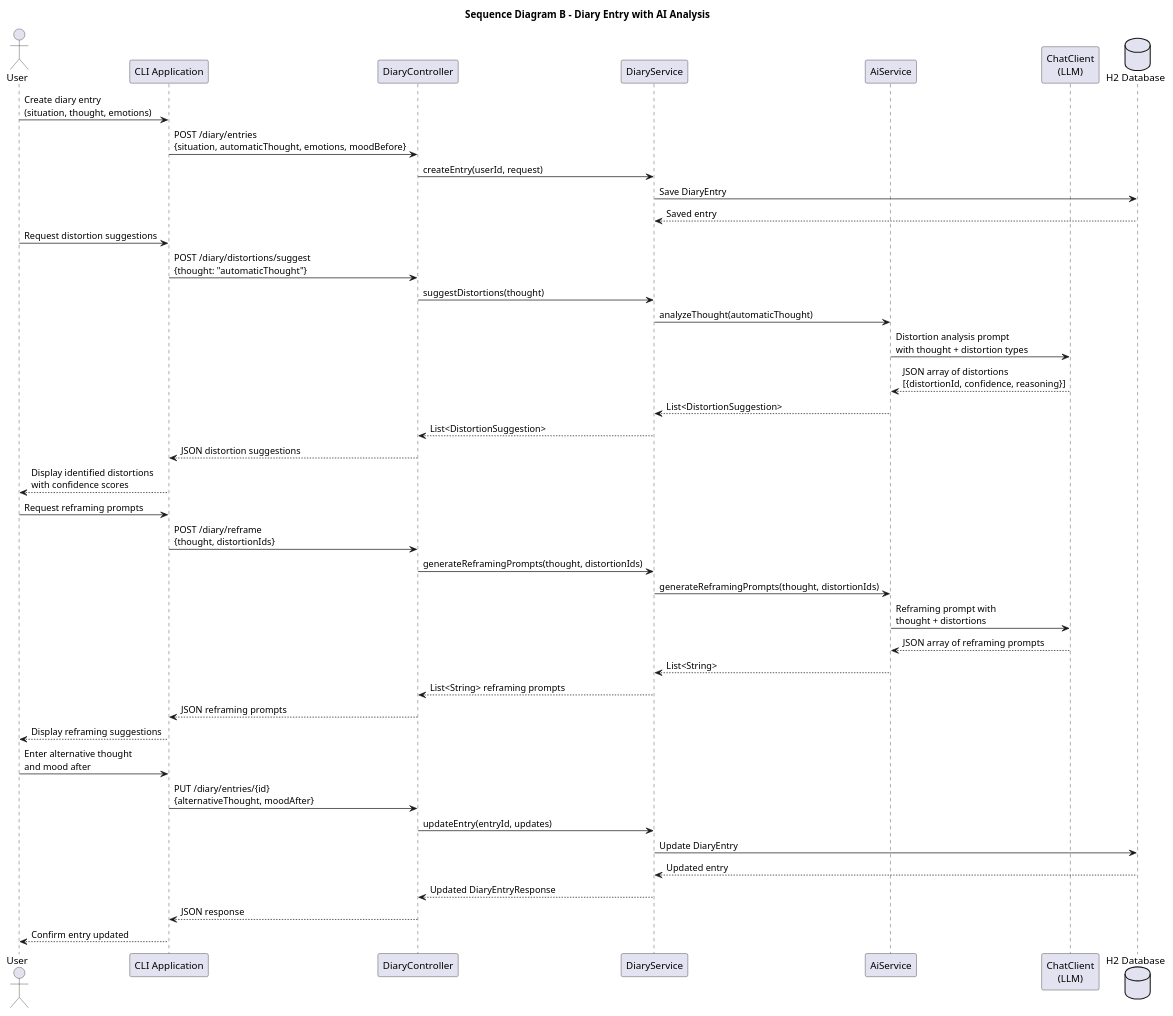
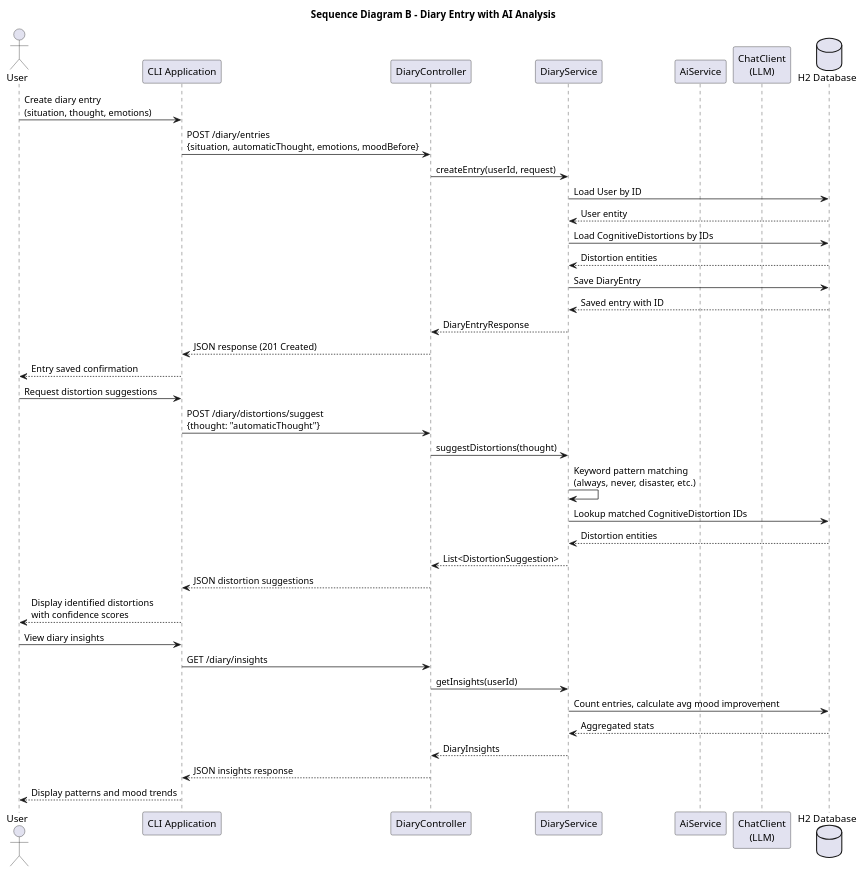
The third of 3 diagrams in docs/architecture/c4-code.puml (jf700/SE320_Project), drawn with PlantUML before and after one commit. The commit also changed other lines of this file and 29 other files, not shown here.

```diff
--- a/docs/architecture/c4-code.puml
+++ b/docs/architecture/c4-code.puml
@@ -198,61 +200,53 @@
 @startuml c4-code-sequence-diary
 
 ' ============================================================
 ' PART C: Sequence Diagram - Diary Entry with AI Analysis
 ' ============================================================
 
 title Sequence Diagram B - Diary Entry with AI Analysis
 
 actor User
 participant "CLI Application" as CLI
 participant "DiaryController" as Controller
 participant "DiaryService" as DiarySvc
 participant "AiService" as AiSvc
 participant "ChatClient\n(LLM)" as LLM
 database "H2 Database" as DB
 
 User -> CLI : Create diary entry\n(situation, thought, emotions)
 CLI -> Controller : POST /diary/entries\n{situation, automaticThought, emotions, moodBefore}
 Controller -> DiarySvc : createEntry(userId, request)
+DiarySvc -> DB : Load User by ID
+DB --> DiarySvc : User entity
+DiarySvc -> DB : Load CognitiveDistortions by IDs
+DB --> DiarySvc : Distortion entities
 DiarySvc -> DB : Save DiaryEntry
-DB --> DiarySvc : Saved entry
+DB --> DiarySvc : Saved entry with ID
+DiarySvc --> Controller : DiaryEntryResponse
+Controller --> CLI : JSON response (201 Created)
+CLI --> User : Entry saved confirmation
 
 ' User requests distortion analysis
 User -> CLI : Request distortion suggestions
 CLI -> Controller : POST /diary/distortions/suggest\n{thought: "automaticThought"}
 Controller -> DiarySvc : suggestDistortions(thought)
 
-DiarySvc -> AiSvc : analyzeThought(automaticThought)
-AiSvc -> LLM : Distortion analysis prompt\nwith thought + distortion types
-LLM --> AiSvc : JSON array of distortions\n[{distortionId, confidence, reasoning}]
-AiSvc --> DiarySvc : List<DistortionSuggestion>
+DiarySvc -> DiarySvc : Keyword pattern matching\n(always, never, disaster, etc.)
+DiarySvc -> DB : Lookup matched CognitiveDistortion IDs
+DB --> DiarySvc : Distortion entities
 
 DiarySvc --> Controller : List<DistortionSuggestion>
 Controller --> CLI : JSON distortion suggestions
 CLI --> User : Display identified distortions\nwith confidence scores
 
-' Reframing prompts
-User -> CLI : Request reframing prompts
-CLI -> Controller : POST /diary/reframe\n{thought, distortionIds}
-Controller -> DiarySvc : generateReframingPrompts(thought, distortionIds)
-
-DiarySvc -> AiSvc : generateReframingPrompts(thought, distortionIds)
-AiSvc -> LLM : Reframing prompt with\nthought + distortions
-LLM --> AiSvc : JSON array of reframing prompts
-AiSvc --> DiarySvc : List<String>
-
-DiarySvc --> Controller : List<String> reframing prompts
-Controller --> CLI : JSON reframing prompts
-CLI --> User : Display reframing suggestions
-
-' Update entry with alternative thought
-User -> CLI : Enter alternative thought\nand mood after
-CLI -> Controller : PUT /diary/entries/{id}\n{alternativeThought, moodAfter}
-Controller -> DiarySvc : updateEntry(entryId, updates)
-DiarySvc -> DB : Update DiaryEntry
-DB --> DiarySvc : Updated entry
-DiarySvc --> Controller : Updated DiaryEntryResponse
-Controller --> CLI : JSON response
-CLI --> User : Confirm entry updated
+' User requests insights
+User -> CLI : View diary insights
+CLI -> Controller : GET /diary/insights
+Controller -> DiarySvc : getInsights(userId)
+DiarySvc -> DB : Count entries, calculate avg mood improvement
+DB --> DiarySvc : Aggregated stats
+DiarySvc --> Controller : DiaryInsights
+Controller --> CLI : JSON insights response
+CLI --> User : Display patterns and mood trends
 
 @enduml
```
